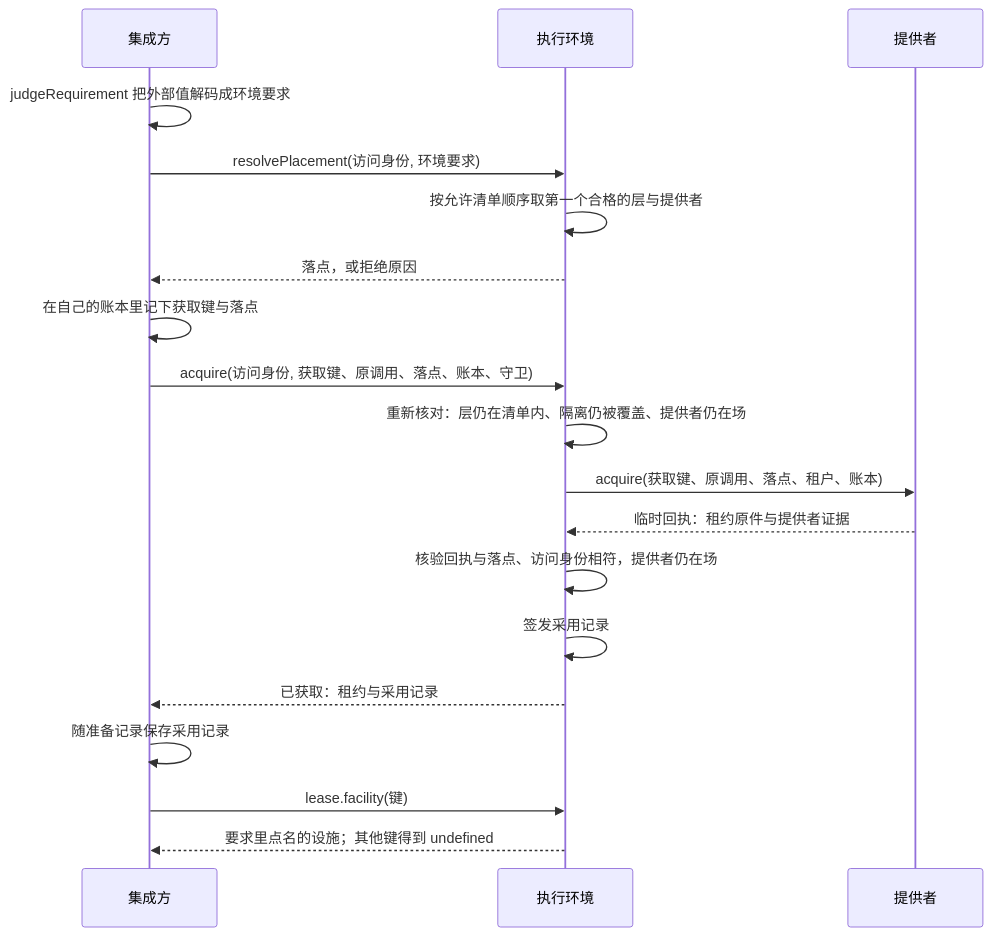
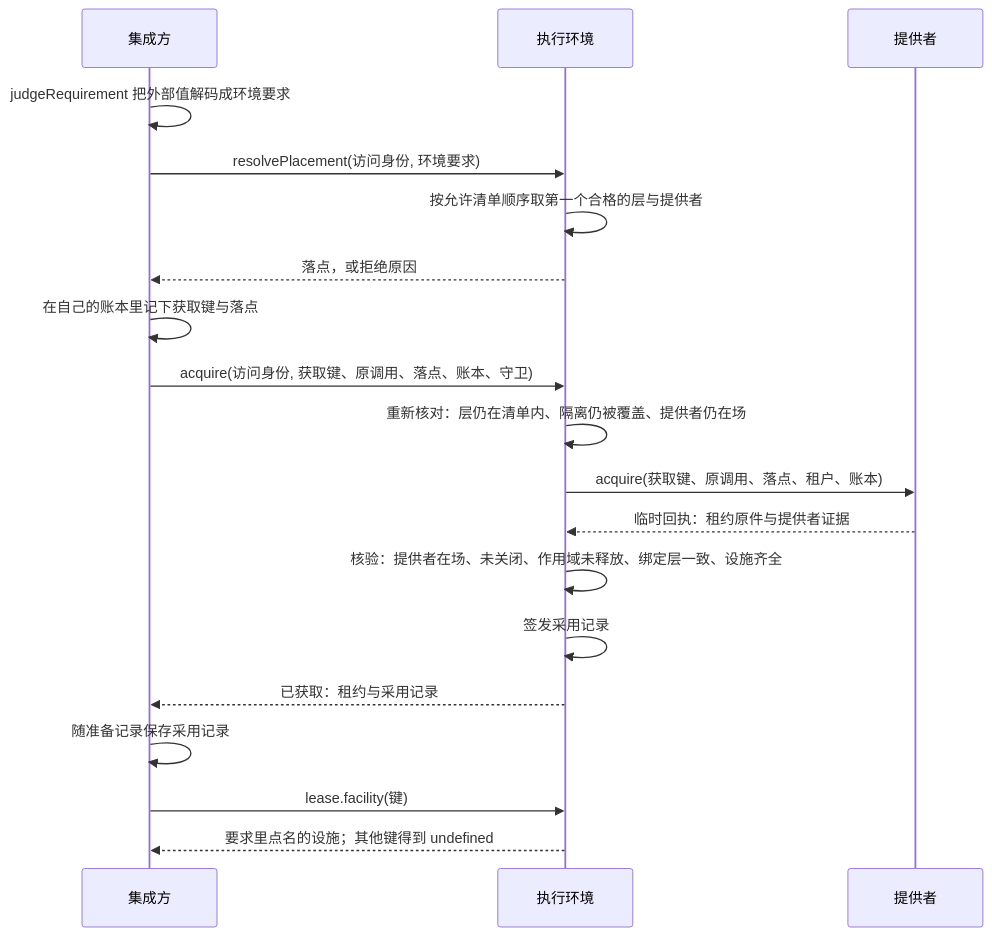
The first of 6 diagrams in packages/execution/execution-environment-contract/docs/flows.md (nemori-ai/omne-harness-lite), drawn with Mermaid before and after one commit. The commit also changed other lines of this file and 24 other files, not shown here.

````diff
--- a/packages/execution/execution-environment-contract/docs/flows.md
+++ b/packages/execution/execution-environment-contract/docs/flows.md
@@ -17,21 +17,21 @@
 ```mermaid
 sequenceDiagram
   participant I as 集成方
   participant E as 执行环境
   participant P as 提供者
   I->>I: judgeRequirement 把外部值解码成环境要求
   I->>E: resolvePlacement(访问身份, 环境要求)
   E->>E: 按允许清单顺序取第一个合格的层与提供者
   E-->>I: 落点，或拒绝原因
   I->>I: 在自己的账本里记下获取键与落点
   I->>E: acquire(访问身份, 获取键、原调用、落点、账本、守卫)
   E->>E: 重新核对：层仍在清单内、隔离仍被覆盖、提供者仍在场
   E->>P: acquire(获取键、原调用、落点、租户、账本)
   P-->>E: 临时回执：租约原件与提供者证据
-  E->>E: 核验回执与落点、访问身份相符，提供者仍在场
+  E->>E: 核验：提供者在场、未关闭、作用域未释放、绑定层一致、设施齐全
   E->>E: 签发采用记录
   E-->>I: 已获取：租约与采用记录
   I->>I: 随准备记录保存采用记录
   I->>E: lease.facility(键)
   E-->>I: 要求里点名的设施；其他键得到 undefined
 ```
````
